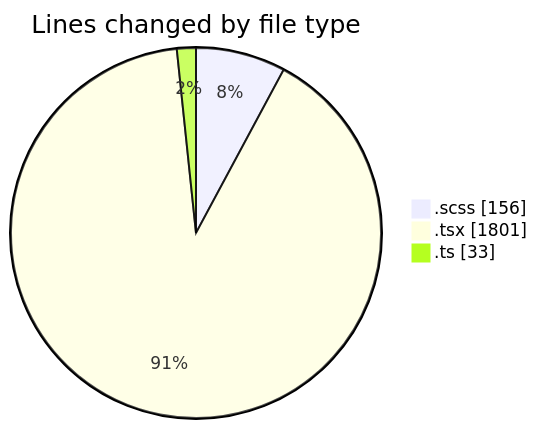
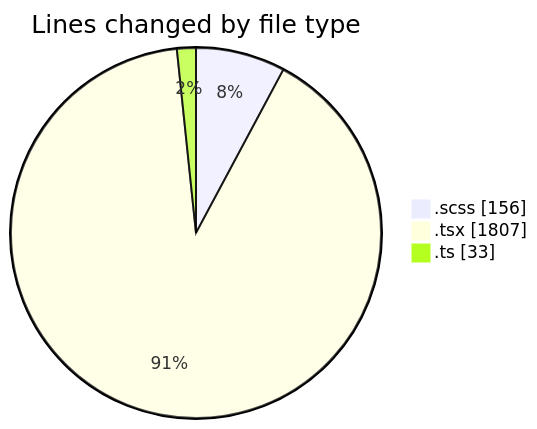
Before and after one commit to momahboobian/code-tracking: the first of 2 diagrams in 2025-02-10/cda/README.md, drawn with Mermaid. The commit also changed other lines of this file and 1 other file, not shown here.

````diff
--- a/2025-02-10/cda/README.md
+++ b/2025-02-10/cda/README.md
@@ -25,7 +25,7 @@
 ```mermaid
 pie showData
 title Lines changed by file type
 ".scss" : 156
-".tsx" : 1801
+".tsx" : 1807
 ".ts" : 33
 ```
````
